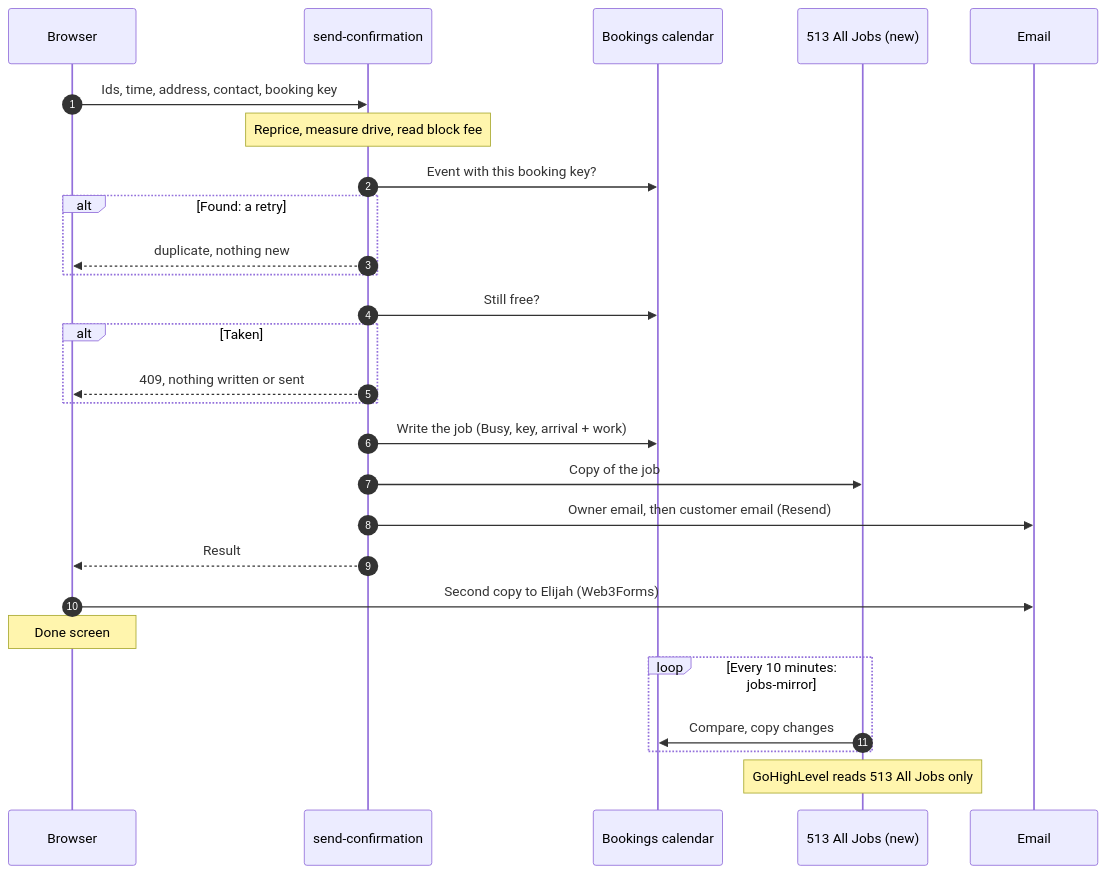
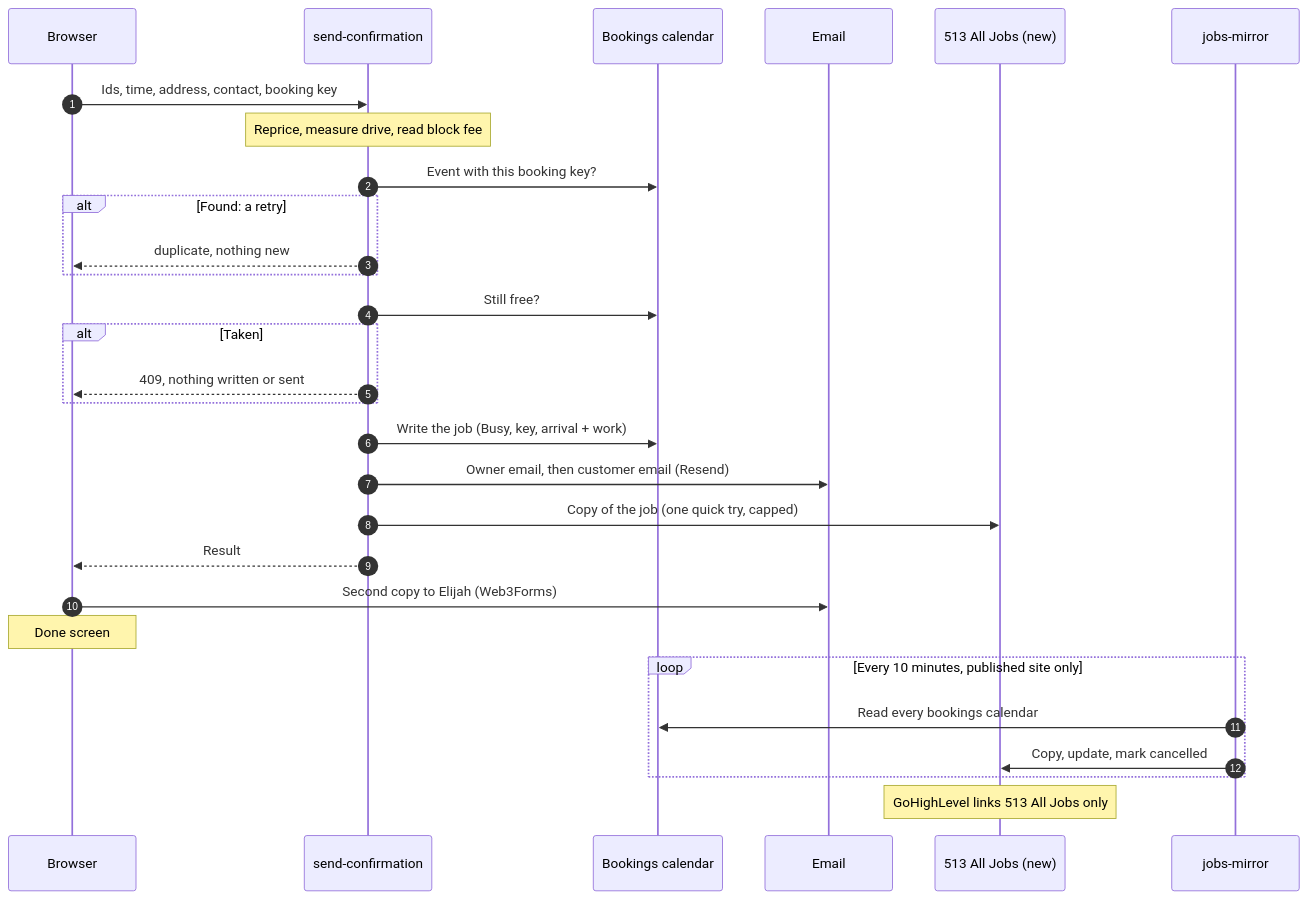
The third of 5 diagrams in docs/BOOKING-PROCESS-FLOW.md (Ert850/513-Auto-Clean), drawn with Mermaid before and after one commit. The commit also changed other lines of this file and 6 other files, not shown here.

First line of the commit message:
Docs for the 513 All Jobs fix round: logging standard, booking flow (PDFs re-rendered), setup, session notes, CLAUDE.md

````diff
--- a/docs/BOOKING-PROCESS-FLOW.md
+++ b/docs/BOOKING-PROCESS-FLOW.md
@@ -131,30 +131,32 @@
 ```mermaid
 sequenceDiagram
   autonumber
   participant B as Browser
   participant S as send-confirmation
   participant G as Bookings calendar
+  participant E as Email
   participant M as 513 All Jobs (new)
-  participant E as Email
+  participant J as jobs-mirror
 
   B->>S: Ids, time, address, contact, booking key
   Note over S: Reprice, measure drive, read block fee
   S->>G: Event with this booking key?
   alt Found: a retry
     S-->>B: duplicate, nothing new
   end
   S->>G: Still free?
   alt Taken
     S-->>B: 409, nothing written or sent
   end
   S->>G: Write the job (Busy, key, arrival + work)
-  S->>M: Copy of the job
   S->>E: Owner email, then customer email (Resend)
+  S->>M: Copy of the job (one quick try, capped)
   S-->>B: Result
   B->>E: Second copy to Elijah (Web3Forms)
   Note over B: Done screen
-  loop Every 10 minutes: jobs-mirror
-    M->>G: Compare, copy changes
+  loop Every 10 minutes, published site only
+    J->>G: Read every bookings calendar
+    J->>M: Copy, update, mark cancelled
   end
-  Note over M: GoHighLevel reads 513 All Jobs only
+  Note over M: GoHighLevel links 513 All Jobs only
 ```
````
